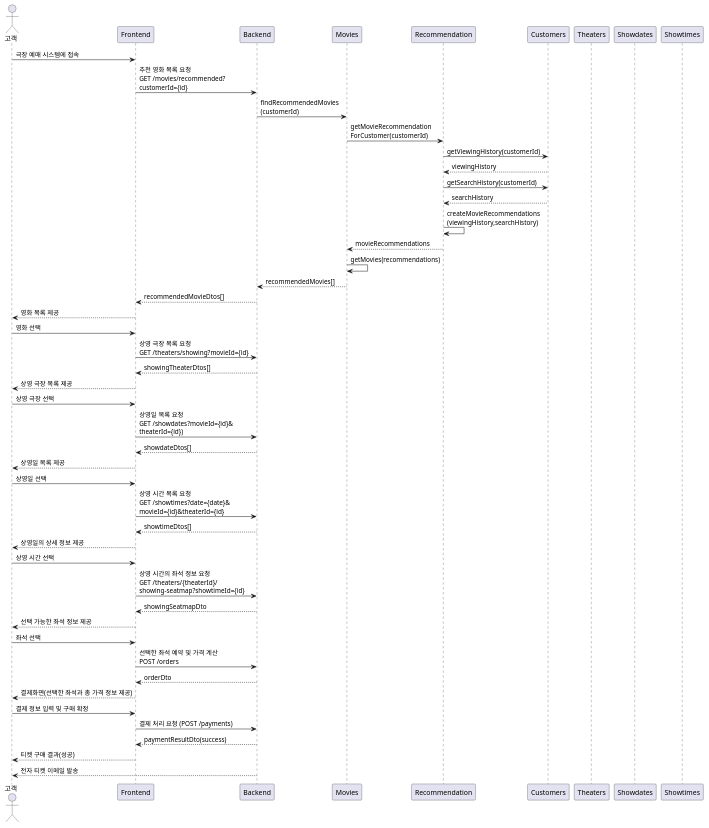
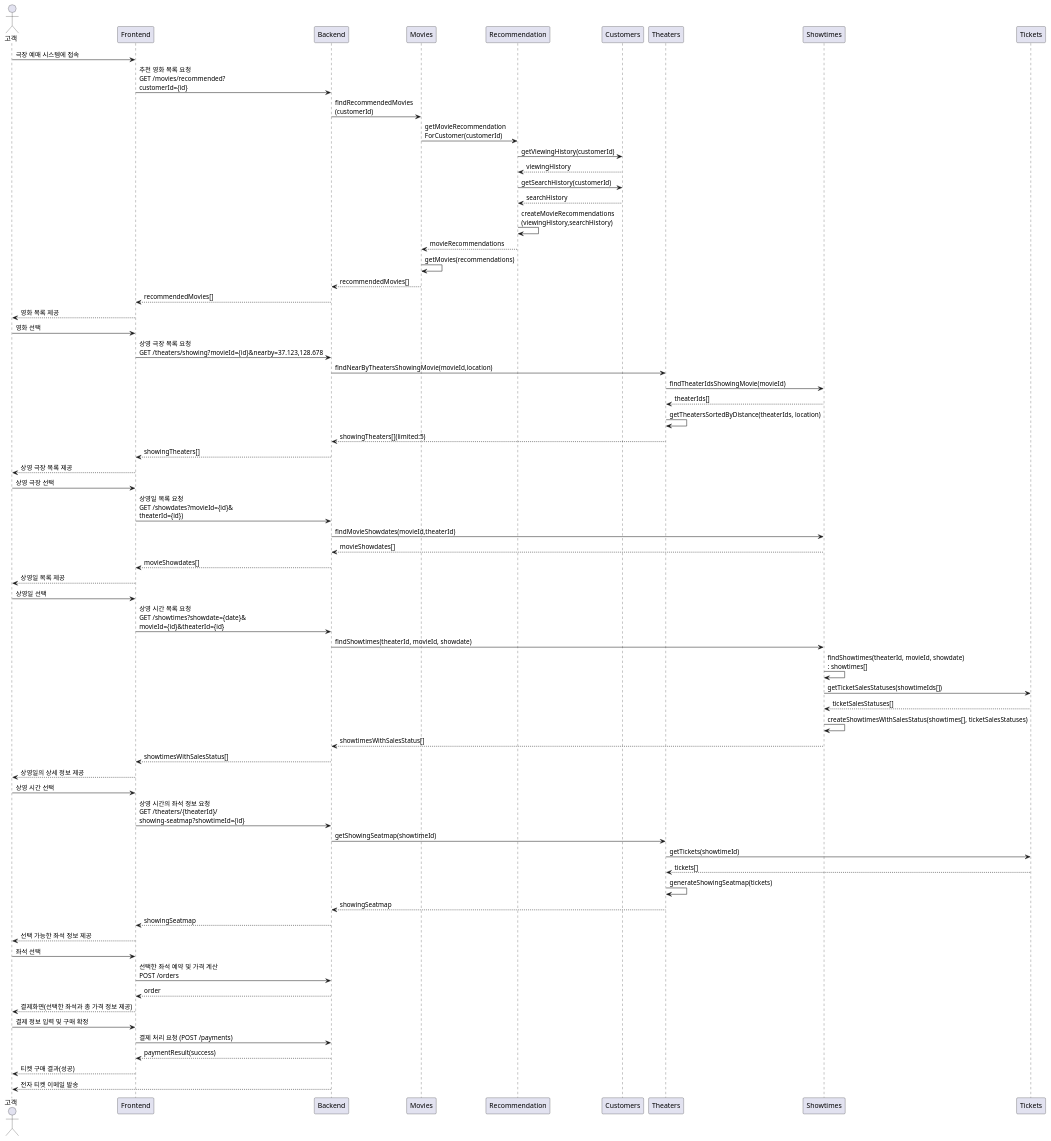
The diagram in docs/buy-tickets.md (mannercode/backend-fundamentals), drawn with PlantUML before and after one commit.

Commit message:
설계 - 영화선택~상영시간 선택

````diff
--- a/docs/buy-tickets.md
+++ b/docs/buy-tickets.md
@@ -57,54 +57,72 @@
 ```plantuml
 @startuml
 actor 고객 as customer
 participant "Frontend" as front
 participant "Backend" as back
 participant "Movies" as movies
 participant "Recommendation" as recommend
 participant "Customers" as customsvc
 participant "Theaters" as theaters
-participant "Showdates" as showdates
 participant "Showtimes" as showtimes
+participant "Tickets" as tickets
 
 customer -> front : 극장 예매 시스템에 접속
 front -> back : 추천 영화 목록 요청\nGET /movies/recommended?\ncustomerId={id}
 back -> movies : findRecommendedMovies\n(customerId)
 movies -> recommend : getMovieRecommendation\nForCustomer(customerId)
 recommend -> customsvc : getViewingHistory(customerId)
 recommend <-- customsvc : viewingHistory
 recommend -> customsvc : getSearchHistory(customerId)
 recommend <-- customsvc : searchHistory
 recommend -> recommend : createMovieRecommendations\n(viewingHistory,searchHistory)
 movies <-- recommend : movieRecommendations
 movies -> movies : getMovies(recommendations)
 back <-- movies : recommendedMovies[]
-front <-- back : recommendedMovieDtos[]
+front <-- back : recommendedMovies[]
 customer <-- front : 영화 목록 제공
 customer -> front : 영화 선택
-front -> back : 상영 극장 목록 요청\nGET /theaters/showing?movieId={id}
-front <-- back : showingTheaterDtos[]
+front -> back : 상영 극장 목록 요청\nGET /theaters/showing?movieId={id}&nearby=37.123,128.678
+back -> theaters: findNearByTheatersShowingMovie(movieId,location)
+theaters -> showtimes: findTheaterIdsShowingMovie(movieId)
+theaters <-- showtimes: theaterIds[]
+theaters -> theaters: getTheatersSortedByDistance(theaterIds, location)
+back <-- theaters: showingTheaters[](limited:5)
+front <-- back : showingTheaters[]
 customer <-- front : 상영 극장 목록 제공
 customer -> front : 상영 극장 선택
 front -> back : 상영일 목록 요청\nGET /showdates?movieId={id}&\ntheaterId={id})
-front <-- back : showdateDtos[]
+back -> showtimes: findMovieShowdates(movieId,theaterId)
+back <-- showtimes: movieShowdates[]
+front <-- back : movieShowdates[]
 customer <-- front : 상영일 목록 제공
 customer -> front : 상영일 선택
-front -> back : 상영 시간 목록 요청\nGET /showtimes?date={date}&\nmovieId={id}&theaterId={id}
-front <-- back : showtimeDtos[]
+front -> back : 상영 시간 목록 요청\nGET /showtimes?showdate={date}&\nmovieId={id}&theaterId={id}
+back -> showtimes: findShowtimes(theaterId, movieId, showdate)
+showtimes -> showtimes: findShowtimes(theaterId, movieId, showdate)\n: showtimes[]
+showtimes -> tickets: getTicketSalesStatuses(showtimeIds[])
+showtimes <-- tickets: ticketSalesStatuses[]
+showtimes -> showtimes: createShowtimesWithSalesStatus(showtimes[], ticketSalesStatuses)
+back <-- showtimes: showtimesWithSalesStatus[]
+front <-- back : showtimesWithSalesStatus[]
 customer <-- front : 상영일의 상세 정보 제공
 customer -> front : 상영 시간 선택
 front -> back : 상영 시간의 좌석 정보 요청\nGET /theaters/{theaterId}/\nshowing-seatmap?showtimeId={id}
-front <-- back : showingSeatmapDto
+back -> theaters : getShowingSeatmap(showtimeId)
+theaters -> tickets : getTickets(showtimeId)
+theaters <-- tickets : tickets[]
+theaters -> theaters : generateShowingSeatmap(tickets)
+back <-- theaters: showingSeatmap
+front <-- back : showingSeatmap
 customer <-- front : 선택 가능한 좌석 정보 제공
 customer -> front : 좌석 선택
 front -> back : 선택한 좌석 예약 및 가격 계산\nPOST /orders
-front <-- back : orderDto
+front <-- back : order
 customer <-- front : 결제화면(선택한 좌석과 총 가격 정보 제공)
 customer -> front : 결제 정보 입력 및 구매 확정
 front -> back : 결제 처리 요청 (POST /payments)
-front <-- back : paymentResultDto(success)
+front <-- back : paymentResult(success)
 customer <-- front : 티켓 구매 결과(성공)
 customer <-- back : 전자 티켓 이메일 발송
 @enduml
 
 ```
````
